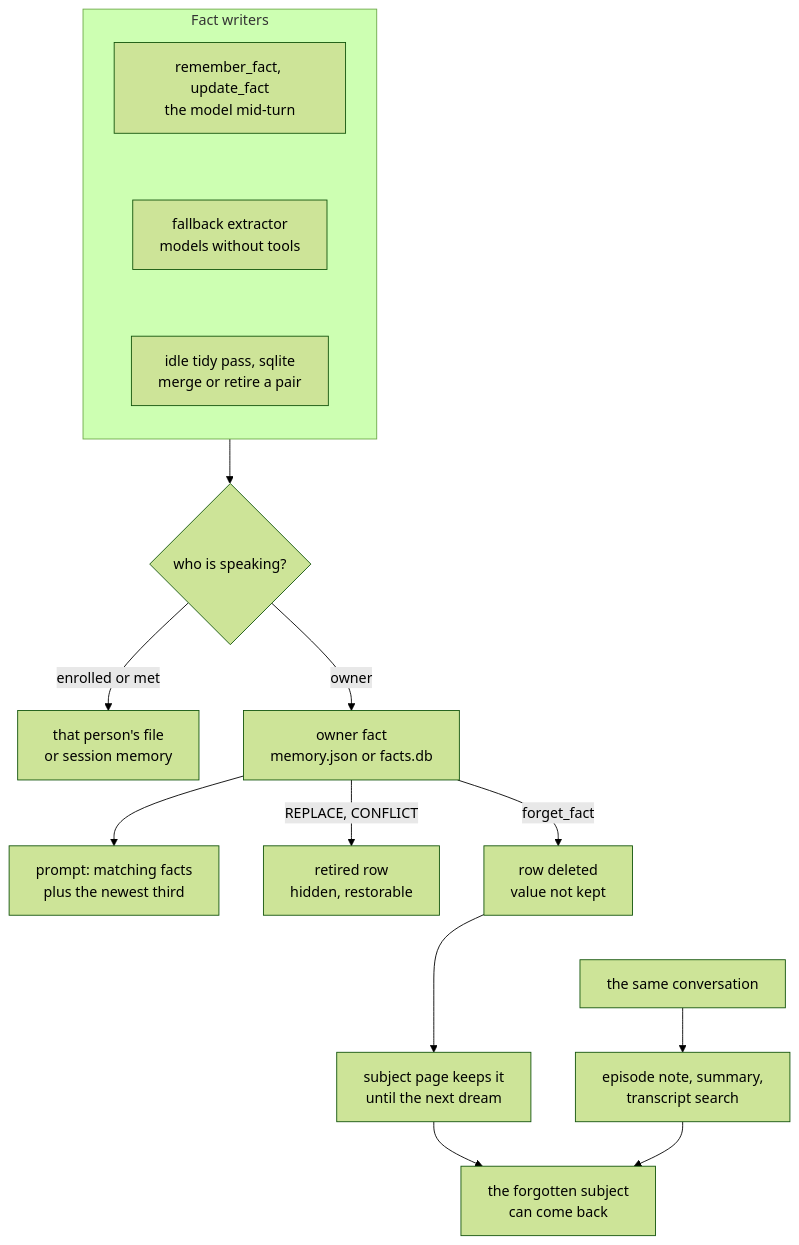
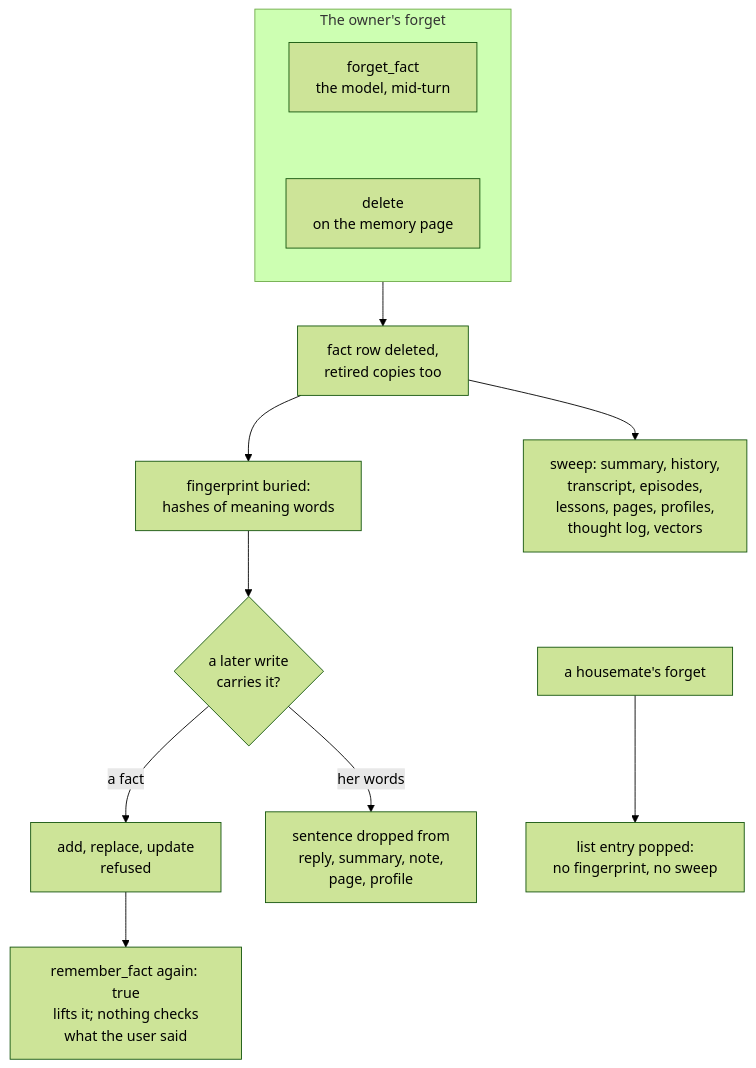
The diagram in content/systems/luna-local-agent.md (neoneye/agent-memory-atlas), drawn with Mermaid (forest theme) before and after one commit. The commit also changed other lines of this file and 24 other files, not shown here.

````diff
--- a/content/systems/luna-local-agent.md
+++ b/content/systems/luna-local-agent.md
@@ -99,22 +101,19 @@
 ```mermaid
-%% caption: a fact is written mid-turn and filed by speaker; forget deletes the row, while the notes, summary and page built from the same conversation keep serving it
+%% caption: the owner's forget deletes the row, buries a fingerprint and sweeps every derived store; later writes are checked against it, and the model can lift it with one flag
 flowchart TD
-  subgraph writers["Fact writers"]
+  subgraph forgets["The owner's forget"]
     direction TB
-    TOOL["remember_fact, update_fact<br/>the model mid-turn"]
-    EXT["fallback extractor<br/>models without tools"]
-    TIDY["idle tidy pass, sqlite<br/>merge or retire a pair"]
-    TOOL ~~~ EXT ~~~ TIDY
+    FT["forget_fact<br/>the model, mid-turn"]
+    MP["delete<br/>on the memory page"]
+    FT ~~~ MP
   end
-  writers --> WHO{"who is speaking?"}
-  WHO -->|"enrolled or met"| PFILE["that person's file<br/>or session memory"]
-  WHO -->|"owner"| FACT["owner fact<br/>memory.json or facts.db"]
-  FACT --> PROMPT["prompt: matching facts<br/>plus the newest third"]
-  FACT -->|"REPLACE, CONFLICT"| RET["retired row<br/>hidden, restorable"]
-  FACT -->|"forget_fact"| DEL["row deleted<br/>value not kept"]
-  DEL --> PAGE["subject page keeps it<br/>until the next dream"]
-  CONV["the same conversation"] --> DERIV["episode note, summary,<br/>transcript search"]
-  DEL ~~~ CONV
-  PAGE --> BACK["the forgotten subject<br/>can come back"]
-  DERIV --> BACK
+  forgets --> ROW["fact row deleted,<br/>retired copies too"]
+  ROW --> BURY["fingerprint buried:<br/>hashes of meaning words"]
+  ROW --> SWEEP["sweep: summary, history,<br/>transcript, episodes,<br/>lessons, pages, profiles,<br/>thought log, vectors"]
+  BURY --> GATE{"a later write<br/>carries it?"}
+  GATE -->|"a fact"| REF["add, replace, update<br/>refused"]
+  GATE -->|"her words"| CUT["sentence dropped from<br/>reply, summary, note,<br/>page, profile"]
+  REF --> LIFT["remember_fact again: true<br/>lifts it; nothing checks<br/>what the user said"]
+  SWEEP ~~~ HF["a housemate's forget"]
+  HF --> POP["list entry popped:<br/>no fingerprint, no sweep"]
 ```
````
